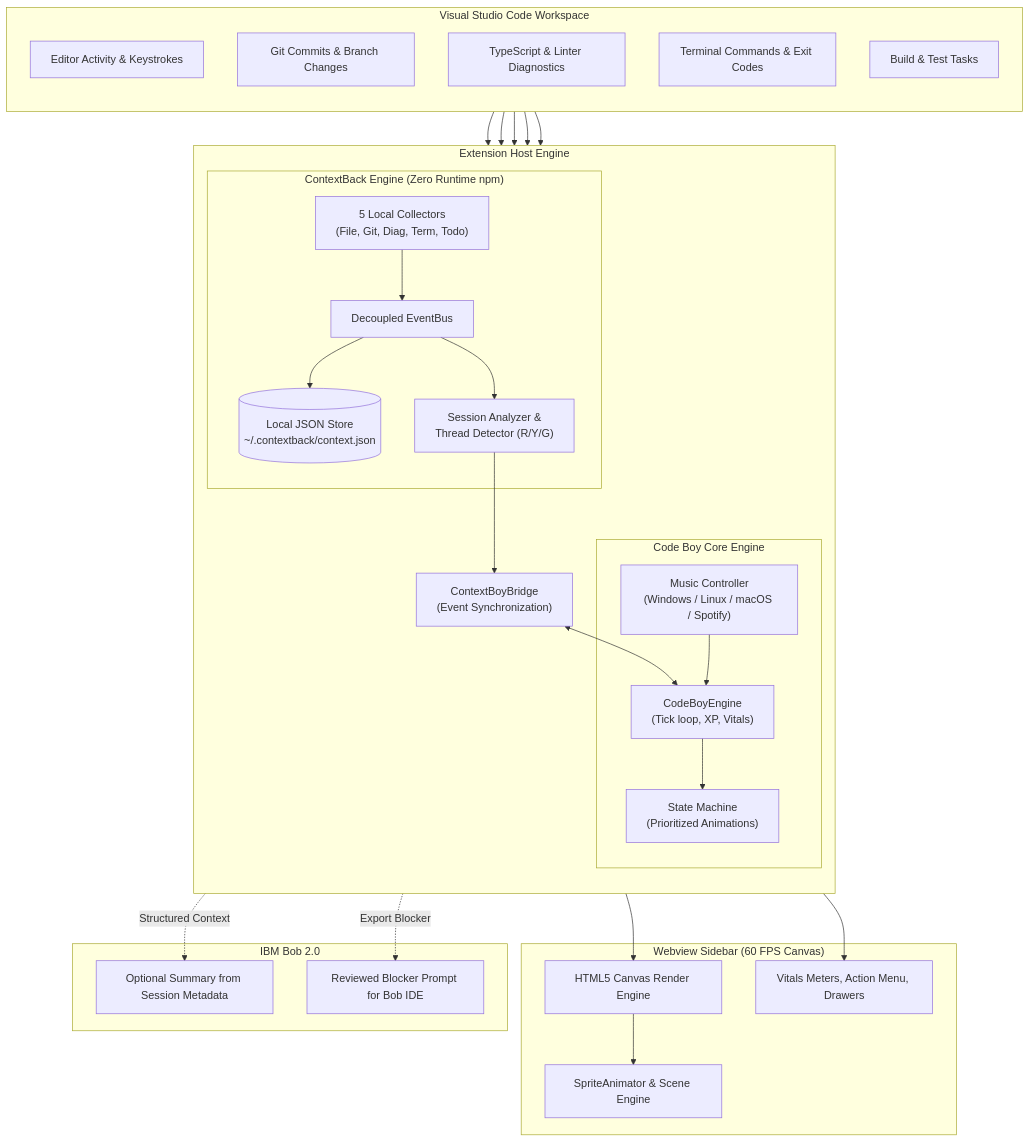
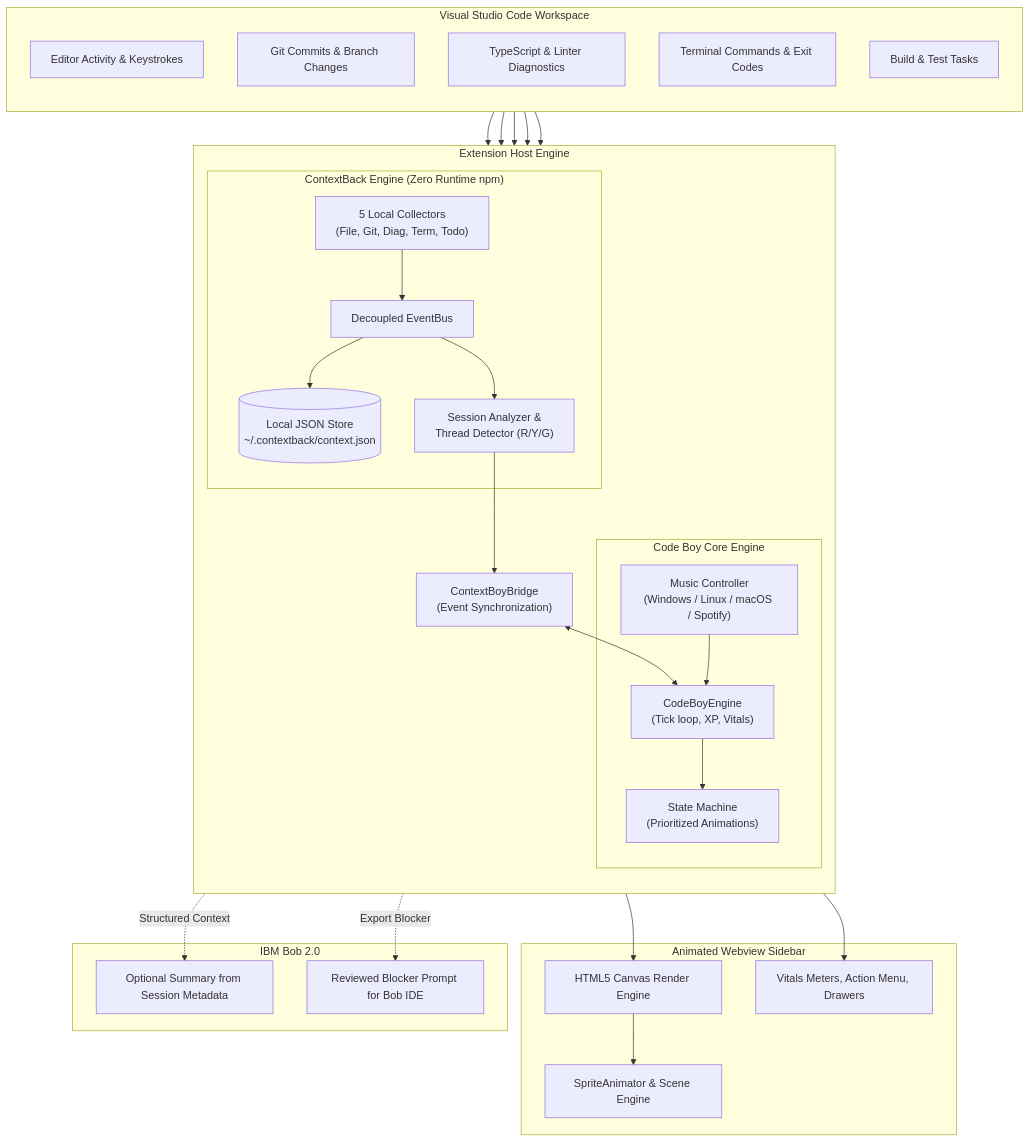
One commit to AbetikDev/Code-Boy changed the first of 3 diagrams in README.md. Above: the diagram before and after it, drawn with Mermaid. The commit also changed other lines of this file and 19 other files, not shown here.

````diff
--- a/README.md
+++ b/README.md
@@ -72,62 +72,62 @@
 ```mermaid
 flowchart TB
     subgraph VSCode["Visual Studio Code Workspace"]
         direction TB
         EditorEvents["Editor Activity & Keystrokes"]
         GitState["Git Commits & Branch Changes"]
         DiagEvents["TypeScript & Linter Diagnostics"]
         TermEvents["Terminal Commands & Exit Codes"]
         TaskEvents["Build & Test Tasks"]
     end
 
     subgraph CoreBridge["Extension Host Engine"]
         direction TB
         subgraph ContextBack["ContextBack Engine (Zero Runtime npm)"]
             Collectors["5 Local Collectors\n(File, Git, Diag, Term, Todo)"]
             EventBus["Decoupled EventBus"]
             DB[("Local JSON Store\n~/.contextback/context.json")]
             Analyzer["Session Analyzer &\nThread Detector (R/Y/G)"]
         end
 
         Bridge["ContextBoyBridge\n(Event Synchronization)"]
 
         subgraph CodeBoy["Code Boy Core Engine"]
             Engine["CodeBoyEngine\n(Tick loop, XP, Vitals)"]
             StateMachine["State Machine\n(Prioritized Animations)"]
             MusicCtrl["Music Controller\n(Windows / Linux / macOS / Spotify)"]
         end
     end
 
-    subgraph AmbientUI["Webview Sidebar (60 FPS Canvas)"]
+    subgraph AmbientUI["Animated Webview Sidebar"]
         CanvasEngine["HTML5 Canvas Render Engine"]
         SpriteAnim["SpriteAnimator & Scene Engine"]
         ActionUI["Vitals Meters, Action Menu, Drawers"]
     end
 
     subgraph IBMBob["IBM Bob 2.0"]
         BobSummary["Optional Summary from Session Metadata"]
         BobHandoff["Reviewed Blocker Prompt for Bob IDE"]
     end
 
     EditorEvents --> Collectors
     GitState --> Collectors
     DiagEvents --> Collectors
     TermEvents --> Collectors
     TaskEvents --> Collectors
 
     Collectors --> EventBus
     EventBus --> DB
     EventBus --> Analyzer
     Analyzer --> Bridge
 
     Bridge <--> Engine
     Engine --> StateMachine
     MusicCtrl --> Engine
 
     StateMachine --> CanvasEngine
     Engine --> ActionUI
     CanvasEngine --> SpriteAnim
 
     Analyzer -. "Structured Context" .-> BobSummary
     Bridge -. "Export Blocker" .-> BobHandoff
 ```
````
